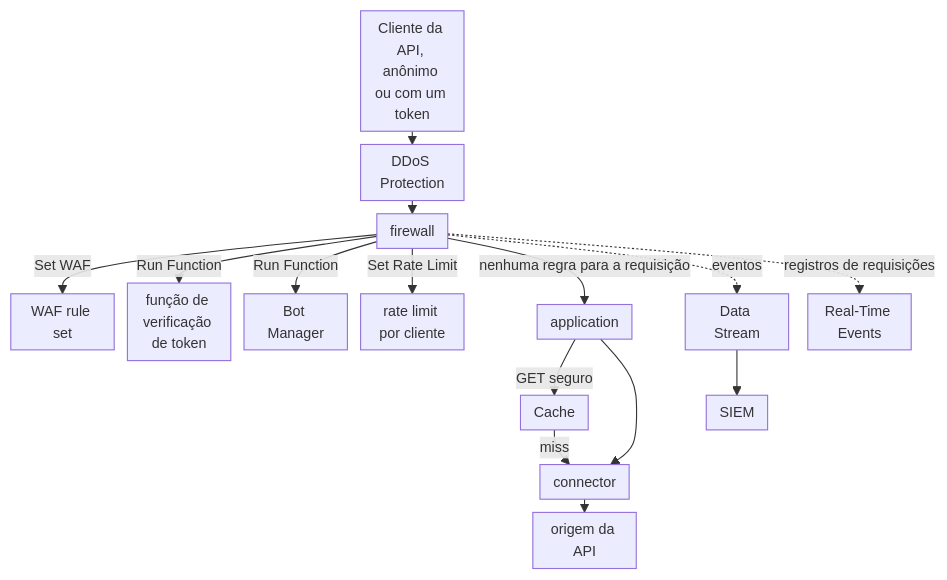
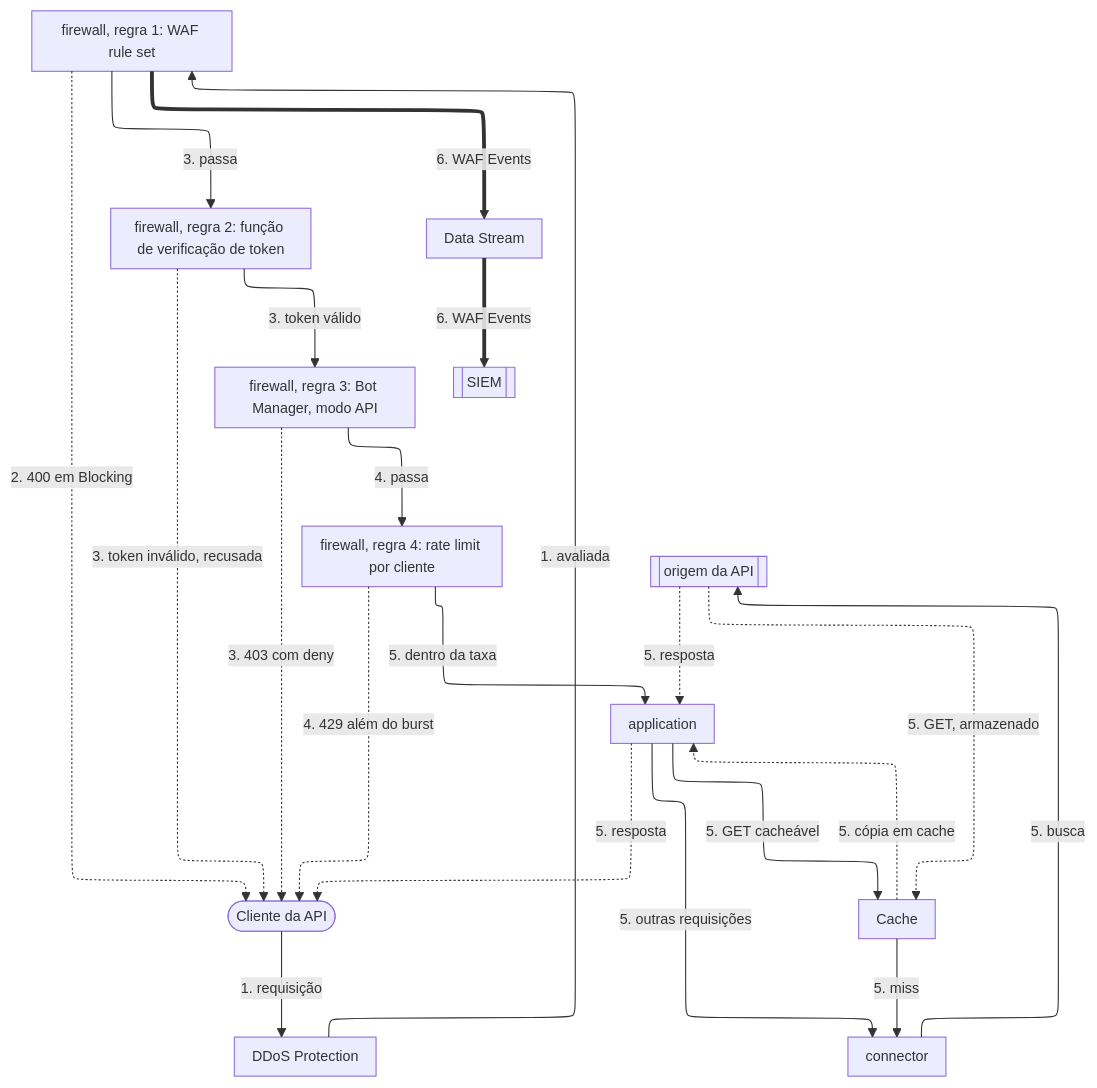
Before and after one commit to aziontech/docs: the diagram in apps/docs/src/content/docs/pt-br/pages/arquiteturas/api-gateways/api-gateways-security.mdx, drawn with Mermaid. The commit also changed other lines of this file and 179 other files, not shown here.

Commit message:
docs(diagrams): redraw every other diagram in the use-case diagram style (#2513)

````diff
--- a/apps/docs/src/content/docs/pt-br/pages/arquiteturas/api-gateways/api-gateways-security.mdx
+++ b/apps/docs/src/content/docs/pt-br/pages/arquiteturas/api-gateways/api-gateways-security.mdx
@@ -19,18 +21,36 @@
 ```mermaid
-%%{init: {"layout": "dagre", "themeVariables": {"fontSize": "13px"}, "flowchart": {"nodeSpacing": 12, "rankSpacing": 12, "padding": 6, "wrappingWidth": 70, "minNodeWidth": 40, "useMaxWidth": true}}}%%
+%%{init: {"layout": "elk", "elk": {"cycleBreakingStrategy": "MODEL_ORDER"}, "themeVariables": {"fontSize": "13px"}, "flowchart": {"nodeSpacing": 24, "rankSpacing": 36, "padding": 8, "wrappingWidth": 150, "useMaxWidth": true}, "sequence": {"width": 120, "actorMargin": 30, "useMaxWidth": true}}}%%
 flowchart TD
-  Client["Cliente da API, anônimo ou com um token"] --> DDoS["DDoS Protection"]
-  DDoS --> FW["firewall"]
-  FW -->|"Set WAF"| WAF["WAF rule set"]
-  FW -->|"Run Function"| Fn["função de verificação de token"]
-  FW -->|"Run Function"| BM["Bot Manager"]
-  FW -->|"Set Rate Limit"| RL["rate limit por cliente"]
-  FW -->|"nenhuma regra para a requisição"| App["application"]
-  App -->|"GET seguro"| Cache["Cache"]
-  App --> Conn["connector"]
-  Cache -->|"miss"| Conn
-  Conn --> Origin["origem da API"]
-  FW -.->|"eventos"| DS["Data Stream"]
-  DS --> SIEM["SIEM"]
-  FW -.->|"registros de requisições"| RTE["Real-Time Events"]
+  Client(["Cliente da API"])
+  DDoS["DDoS Protection"]
+  WAF["firewall, regra 1: WAF rule set"]
+  Fn["firewall, regra 2: função de verificação de token"]
+  Bot["firewall, regra 3: Bot Manager, modo API"]
+  RL["firewall, regra 4: rate limit por cliente"]
+  App["application"]
+  Cache["Cache"]
+  Conn["connector"]
+  Origin[["origem da API"]]
+  DS["Data Stream"]
+  SIEM[["SIEM"]]
+  Client -->|"1. requisição"| DDoS
+  DDoS -->|"1. avaliada"| WAF
+  WAF -->|"3. passa"| Fn
+  Fn -->|"3. token válido"| Bot
+  Bot -->|"4. passa"| RL
+  RL -->|"5. dentro da taxa"| App
+  App -->|"5. GET cacheável"| Cache
+  App -->|"5. outras requisições"| Conn
+  Cache -->|"5. miss"| Conn
+  Conn -->|"5. busca"| Origin
+  Origin -.->|"5. GET, armazenado"| Cache
+  Origin -.->|"5. resposta"| App
+  Cache -.->|"5. cópia em cache"| App
+  App -.->|"5. resposta"| Client
+  WAF -.->|"2. 400 em Blocking"| Client
+  Fn -.->|"3. token inválido, recusada"| Client
+  Bot -.->|"3. 403 com deny"| Client
+  RL -.->|"4. 429 além do burst"| Client
+  WAF ==>|"6. WAF Events"| DS
+  DS ==>|"6. WAF Events"| SIEM
 ```
````
